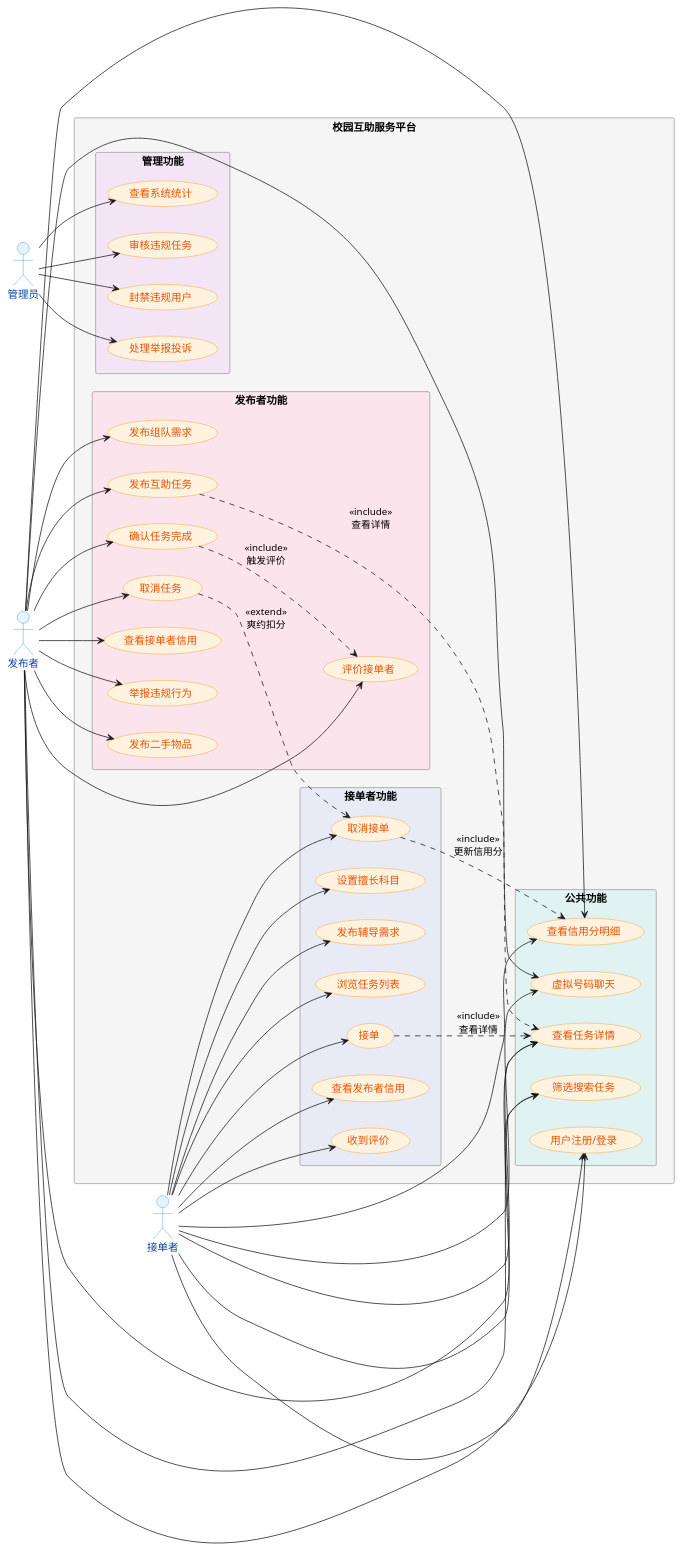
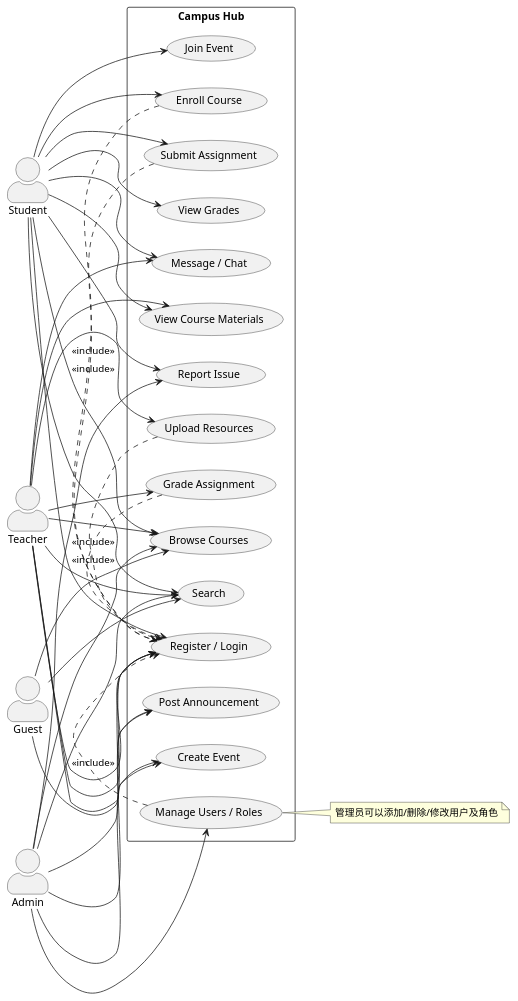
The diagram in docs/P1/用例图/case.puml (Edison0825/Campus-Hub), drawn with PlantUML before and after one commit. The commit also changed 1 other file, not shown here.

```diff
--- a/docs/P1/用例图/case.puml
+++ b/docs/P1/用例图/case.puml
@@ -1,120 +1,71 @@
-@startuml 校园互助平台用例图
-' 设置图表方向为从左到右
+@startuml campus-hub-use-case
 left to right direction
-' 设置主题
-skinparam packageStyle rectangle
-skinparam actor {
-  BackgroundColor #E8F4FD
-  BorderColor #1E88E5
-  FontColor #0D47A1
-}
-skinparam usecase {
-  BackgroundColor #FFF3E0
-  BorderColor #FB8C00
-  FontColor #E65100
-}
-skinparam package {
-  BackgroundColor #F5F5F5
-  BorderColor #9E9E9E
-  FontColor #37474F
+skinparam actorStyle awesome
+
+actor "Student" as Student
+actor "Teacher" as Teacher
+actor "Admin" as Admin
+actor "Guest" as Guest
+
+rectangle "Campus Hub" {
+  usecase "Register / Login" as UC_Auth
+  usecase "Browse Courses" as UC_Browse
+  usecase "Enroll Course" as UC_Enroll
+  usecase "View Course Materials" as UC_ViewMaterials
+  usecase "Upload Resources" as UC_Upload
+  usecase "Submit Assignment" as UC_Submit
+  usecase "Grade Assignment" as UC_Grade
+  usecase "View Grades" as UC_ViewGrades
+  usecase "Post Announcement" as UC_Announce
+  usecase "Create Event" as UC_CreateEvent
+  usecase "Join Event" as UC_JoinEvent
+  usecase "Message / Chat" as UC_Message
+  usecase "Search" as UC_Search
+  usecase "Report Issue" as UC_Report
+  usecase "Manage Users / Roles" as UC_ManageUsers
 }
 
-' ===== 定义角色 =====
-actor "发布者" as Publisher
-actor "接单者" as Taker  
-actor "管理员" as Admin
+Guest --> UC_Browse
+Guest --> UC_Search
+Guest --> UC_Auth
 
-' ===== 系统边界 =====
-rectangle "校园互助服务平台" as System {
+Student --> UC_Auth
+Student --> UC_Browse
+Student --> UC_Enroll
+Student --> UC_ViewMaterials
+Student --> UC_Submit
+Student --> UC_ViewGrades
+Student --> UC_JoinEvent
+Student --> UC_Message
+Student --> UC_Search
+Student --> UC_Report
 
-  ' ----- 发布者用例 -----
-  package "发布者功能" #FCE4EC {
-    usecase "发布互助任务" as UC01
-    usecase "取消任务" as UC02
-    usecase "确认任务完成" as UC03
-    usecase "评价接单者" as UC04
-    usecase "查看接单者信用" as UC05
-    usecase "举报违规行为" as UC06
-    usecase "发布二手物品" as UC07
-    usecase "发布组队需求" as UC08
-  }
+Teacher --> UC_Auth
+Teacher --> UC_Browse
+Teacher --> UC_ViewMaterials
+Teacher --> UC_Upload
+Teacher --> UC_Grade
+Teacher --> UC_Announce
+Teacher --> UC_CreateEvent
+Teacher --> UC_Message
+Teacher --> UC_Search
 
-  ' ----- 接单者用例 -----
-  package "接单者功能" #E8EAF6 {
-    usecase "浏览任务列表" as UC09
-    usecase "接单" as UC10
-    usecase "取消接单" as UC11
-    usecase "查看发布者信用" as UC12
-    usecase "收到评价" as UC13
-    usecase "设置擅长科目" as UC14
-    usecase "发布辅导需求" as UC15
-  }
+Admin --> UC_Auth
+Admin --> UC_ManageUsers
+Admin --> UC_Announce
+Admin --> UC_CreateEvent
+Admin --> UC_Browse
+Admin --> UC_Search
+Admin --> UC_Report
 
-  ' ----- 公共用例 -----
-  package "公共功能" #E0F2F1 {
-    usecase "用户注册/登录" as UC16
-    usecase "查看信用分明细" as UC17
-    usecase "虚拟号码聊天" as UC18
-    usecase "查看任务详情" as UC19
-    usecase "筛选搜索任务" as UC20
-  }
+UC_Enroll .> UC_Auth : <<include>>
+UC_Submit .> UC_Auth : <<include>>
+UC_Upload .> UC_Auth : <<include>>
+UC_ManageUsers .> UC_Auth : <<include>>
+UC_Grade .> UC_Auth : <<include>>
 
-  ' ----- 管理员用例 -----
-  package "管理功能" #F3E5F5 {
-    usecase "处理举报投诉" as UC21
-    usecase "审核违规任务" as UC22
-    usecase "封禁违规用户" as UC23
-    usecase "查看系统统计" as UC24
-  }
-
-  ' ===== 用例关系 =====
-  
-  ' 发布者关联
-  Publisher --> UC01
-  Publisher --> UC02
-  Publisher --> UC03
-  Publisher --> UC04
-  Publisher --> UC05
-  Publisher --> UC06
-  Publisher --> UC07
-  Publisher --> UC08
-  
-  ' 接单者关联
-  Taker --> UC09
-  Taker --> UC10
-  Taker --> UC11
-  Taker --> UC12
-  Taker --> UC13
-  Taker --> UC14
-  Taker --> UC15
-  
-  ' 公共用例关联
-  Publisher --> UC16
-  Taker --> UC16
-  Publisher --> UC17
-  Taker --> UC17
-  Publisher --> UC18
-  Taker --> UC18
-  Publisher --> UC19
-  Taker --> UC19
-  Publisher --> UC20
-  Taker --> UC20
-  
-  ' 管理员关联
-  Admin --> UC21
-  Admin --> UC22
-  Admin --> UC23
-  Admin --> UC24
-  
-  ' ===== 用例间关系 =====
-  ' 包含关系（include）
-  UC01 ..> UC19 : <<include>>\n查看详情
-  UC10 ..> UC19 : <<include>>\n查看详情
-  UC03 ..> UC04 : <<include>>\n触发评价
-  
-  ' 扩展关系（extend）
-  UC02 ..> UC11 : <<extend>>\n爽约扣分
-  UC11 ..> UC17 : <<include>>\n更新信用分
-}
+note right of UC_ManageUsers
+  管理员可以添加/删除/修改用户及角色
+end note
 
 @enduml
```
